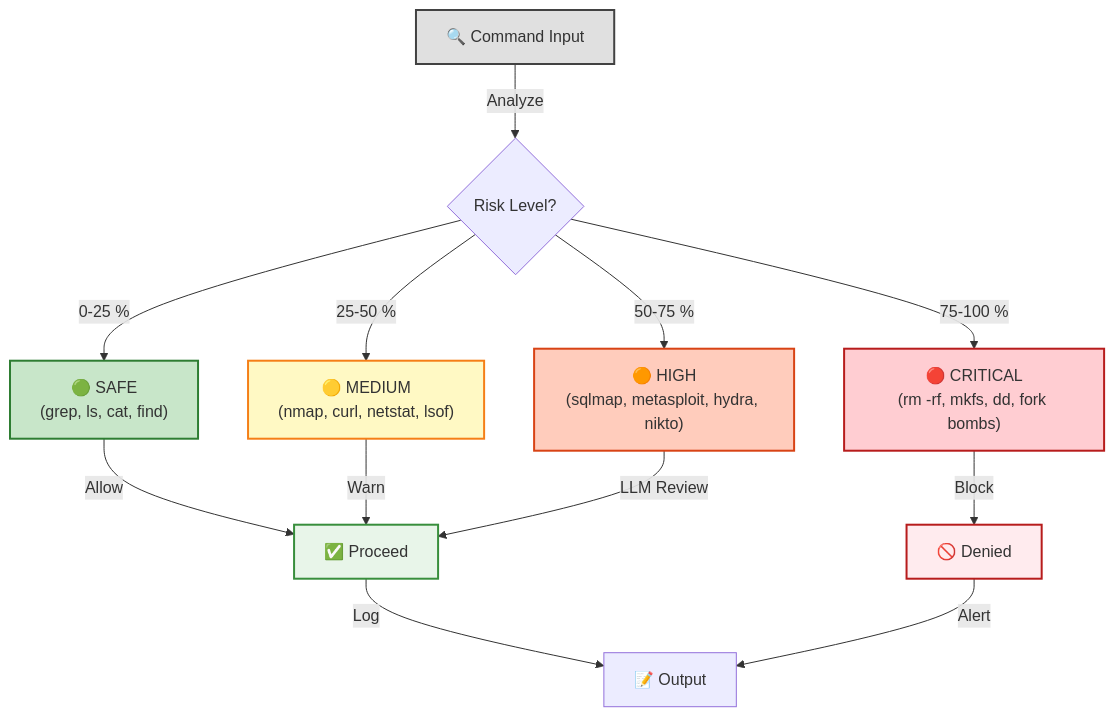
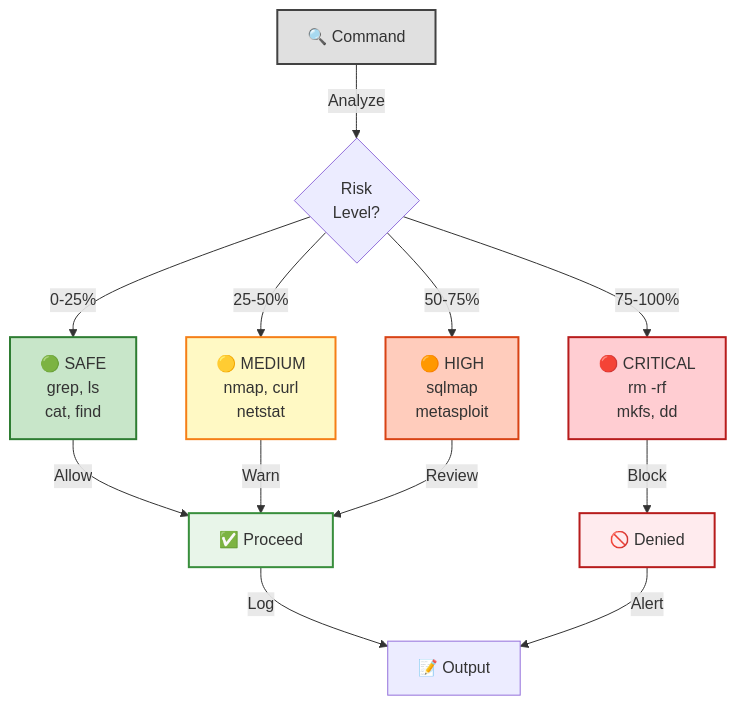
Before and after one commit to ITSsafer-DevOps/K.A.O.S: the fourth of 4 diagrams in README.md, drawn with Mermaid. The commit also changed other lines of this file, not shown here.

First line of the commit message:
docs: enhance README overview for penetration testers + improve diagram readability

````diff
--- a/README.md
+++ b/README.md
@@ -337,25 +354,25 @@
 ```mermaid
 graph TD
-    INPUT["🔍 Command Input"] -->|Analyze| CHECK{"Risk Level?"}
+    INPUT["🔍 Command"] -->|Analyze| CHECK{"Risk<br/>Level?"}
     
-    CHECK -->|0-25 %| SAFE["🟢 SAFE<br/>(grep, ls, cat, find)"]
-    CHECK -->|25-50 %| MEDIUM["🟡 MEDIUM<br/>(nmap, curl, netstat, lsof)"]
-    CHECK -->|50-75 %| HIGH["🟠 HIGH<br/>(sqlmap, metasploit, hydra, nikto)"]
-    CHECK -->|75-100 %| CRITICAL["🔴 CRITICAL<br/>(rm -rf, mkfs, dd, fork bombs)"]
+    CHECK -->|0-25%| SAFE["🟢 SAFE<br/>grep, ls<br/>cat, find"]
+    CHECK -->|25-50%| MEDIUM["🟡 MEDIUM<br/>nmap, curl<br/>netstat"]
+    CHECK -->|50-75%| HIGH["🟠 HIGH<br/>sqlmap<br/>metasploit"]
+    CHECK -->|75-100%| CRITICAL["🔴 CRITICAL<br/>rm -rf<br/>mkfs, dd"]
     
     SAFE -->|Allow| RESPONSE["✅ Proceed"]
     MEDIUM -->|Warn| RESPONSE
-    HIGH -->|LLM Review| RESPONSE
+    HIGH -->|Review| RESPONSE
     CRITICAL -->|Block| BLOCKED["🚫 Denied"]
     
     RESPONSE -->|Log| OUTPUT["📝 Output"] 
     BLOCKED -->|Alert| OUTPUT
     
     style INPUT fill:#e0e0e0,stroke:#424242,stroke-width:2px
     style SAFE fill:#c8e6c9,stroke:#2e7d32,stroke-width:2px
     style MEDIUM fill:#fff9c4,stroke:#f57f17,stroke-width:2px
     style HIGH fill:#ffccbc,stroke:#d84315,stroke-width:2px
     style CRITICAL fill:#ffcdd2,stroke:#b71c1c,stroke-width:2px
     style RESPONSE fill:#e8f5e9,stroke:#388e3c,stroke-width:2px
     style BLOCKED fill:#ffebee,stroke:#b71c1c,stroke-width:2px
 ```
````
